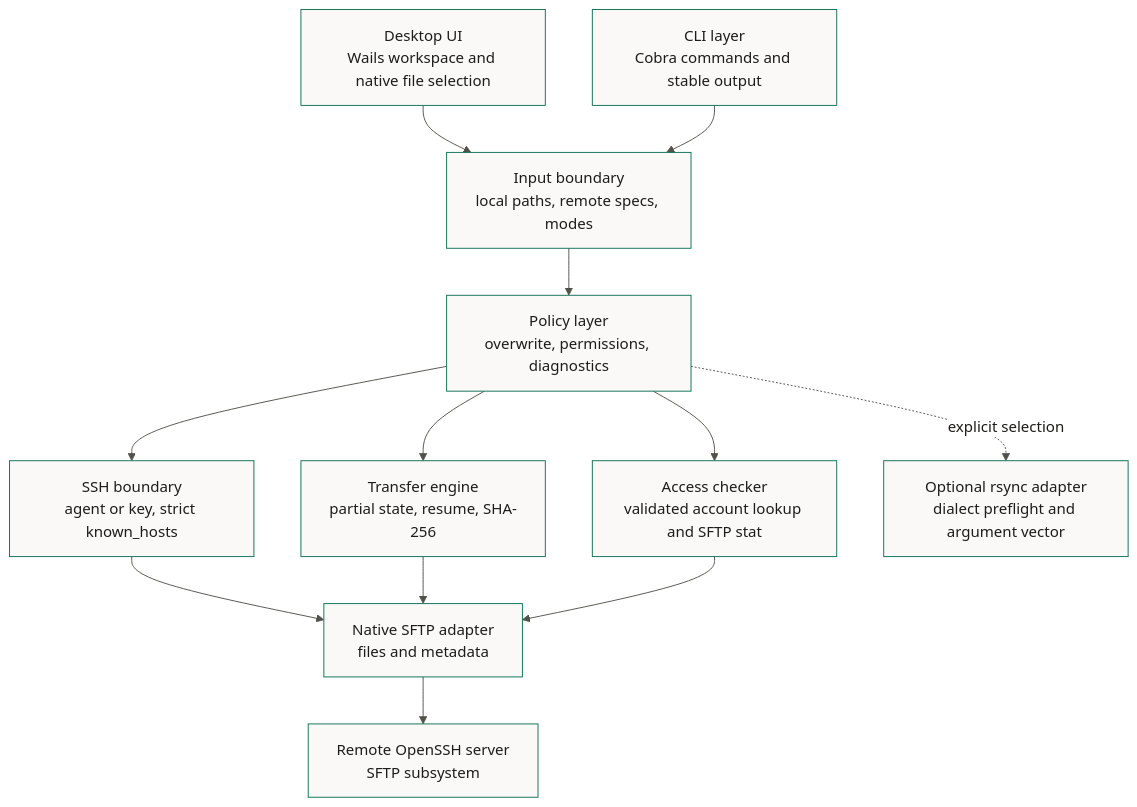
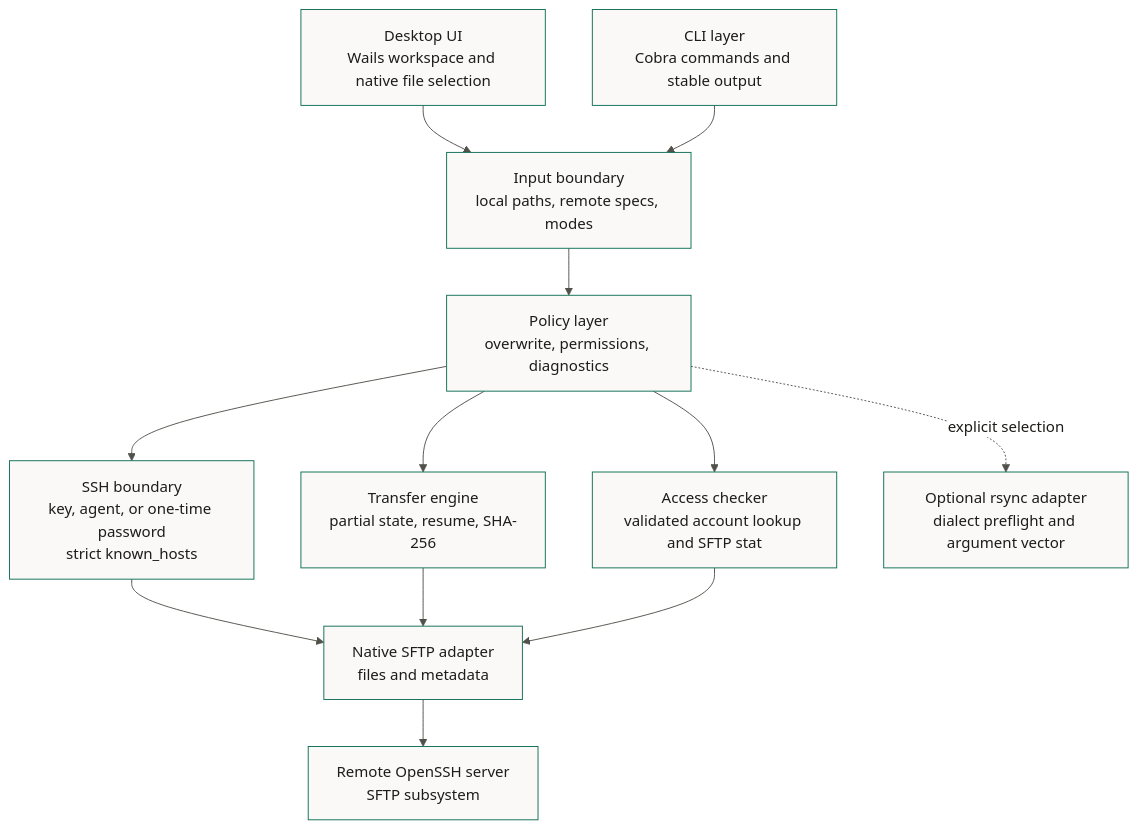
The first of 2 diagrams in docs/architecture.md (bashatahamal/vericopy), drawn with Mermaid before and after one commit. The commit also changed 22 other files, not shown here.

````diff
--- a/docs/architecture.md
+++ b/docs/architecture.md
@@ -9,33 +9,33 @@
 ```mermaid
 ---
 config:
   theme: base
   themeVariables:
     primaryColor: '#faf9f7'
     primaryTextColor: '#1d1c1a'
     primaryBorderColor: '#0e6e55'
     lineColor: '#52504b'
     secondaryColor: '#ffffff'
     tertiaryColor: '#e6e3dc'
     clusterBkg: '#ffffff'
     clusterBorder: '#a16f0b'
 ---
 flowchart TB
     Desktop["Desktop UI<br>Wails workspace and native file selection"]
     CLI["CLI layer<br>Cobra commands and stable output"]
     Parse["Input boundary<br>local paths, remote specs, modes"]
     Policy["Policy layer<br>overwrite, permissions, diagnostics"]
-    SSH["SSH boundary<br>agent or key, strict known_hosts"]
+    SSH["SSH boundary<br>key, agent, or one-time password<br>strict known_hosts"]
     Engine["Transfer engine<br>partial state, resume, SHA-256"]
     SFTP["Native SFTP adapter<br>files and metadata"]
     Access["Access checker<br>validated account lookup and SFTP stat"]
     Rsync["Optional rsync adapter<br>dialect preflight and argument vector"]
     Remote["Remote OpenSSH server<br>SFTP subsystem"]
 
     Desktop --> Parse
     CLI --> Parse --> Policy
     Policy --> SSH --> SFTP --> Remote
     Policy --> Engine --> SFTP
     Policy --> Access --> SFTP
     Policy -. explicit selection .-> Rsync
 ```
````
